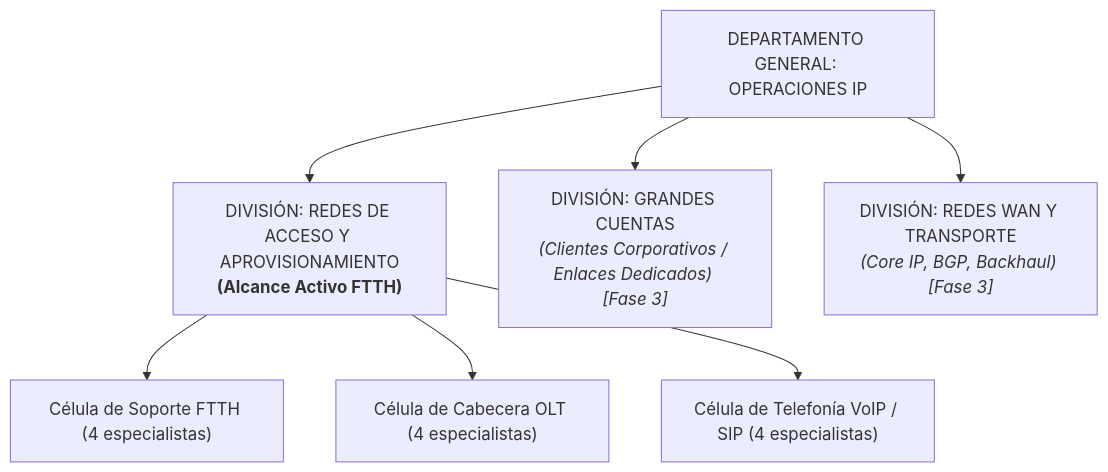
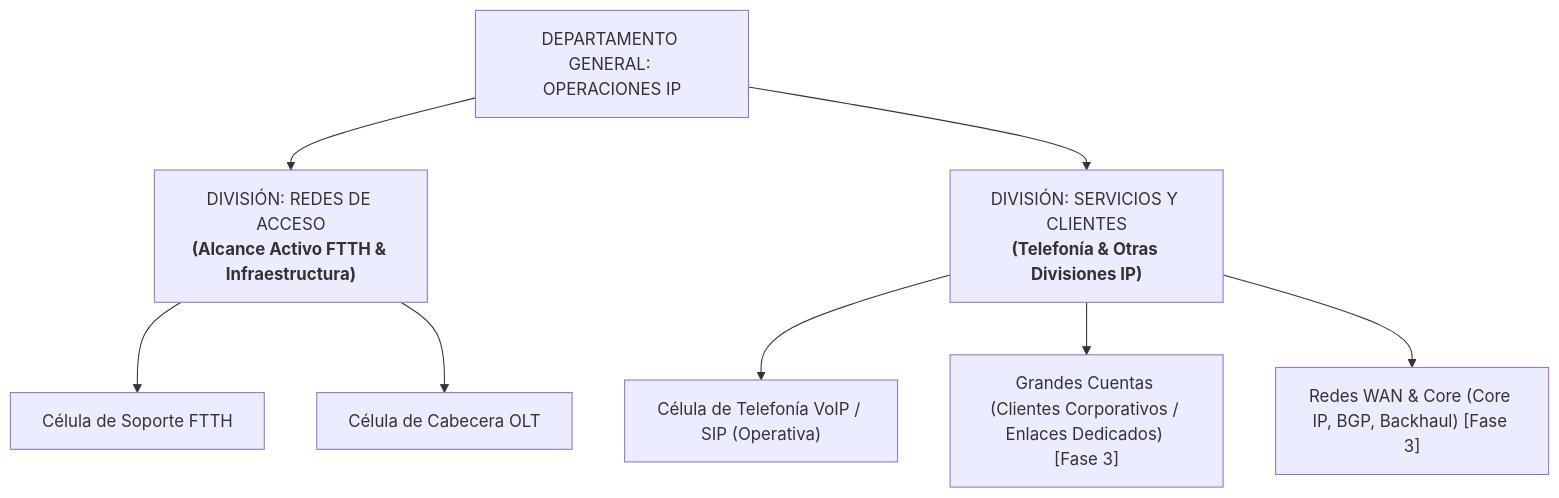
Before and after one commit to joseacorobo/PrototipoWeb_OperacionesIP: the diagram in ROADMAP_Y_CONTROL_MODULOS.md, drawn with Mermaid. The commit also changed other lines of this file and 14 other files, not shown here.

Commit message:
refactor(hierarchy): Reorganize Redes de Acceso category, dynamic headcounts, and Module 7 auth roadmap

````diff
--- a/ROADMAP_Y_CONTROL_MODULOS.md
+++ b/ROADMAP_Y_CONTROL_MODULOS.md
@@ -10,10 +12,12 @@
 ```mermaid
 graph TD
-    A["DEPARTAMENTO GENERAL: OPERACIONES IP"] --> B["DIVISIÓN: REDES DE ACCESO Y APROVISIONAMIENTO<br><b>(Alcance Activo FTTH)</b>"]
-    A --> C["DIVISIÓN: GRANDES CUENTAS<br><i>(Clientes Corporativos / Enlaces Dedicados) [Fase 3]</i>"]
-    A --> D["DIVISIÓN: REDES WAN Y TRANSPORTE<br><i>(Core IP, BGP, Backhaul) [Fase 3]</i>"]
+    A["DEPARTAMENTO GENERAL: OPERACIONES IP"] --> B["DIVISIÓN: REDES DE ACCESO<br><b>(Alcance Activo FTTH & Infraestructura)</b>"]
+    A --> C["DIVISIÓN: SERVICIOS Y CLIENTES<br><b>(Telefonía & Otras Divisiones IP)</b>"]
 
-    B --> B1["Célula de Soporte FTTH (4 especialistas)"]
-    B --> B2["Célula de Cabecera OLT (4 especialistas)"]
-    B --> B3["Célula de Telefonía VoIP / SIP (4 especialistas)"]
+    B --> B1["Célula de Soporte FTTH"]
+    B --> B2["Célula de Cabecera OLT"]
+
+    C --> C1["Célula de Telefonía VoIP / SIP (Operativa)"]
+    C --> C2["Grandes Cuentas (Clientes Corporativos / Enlaces Dedicados) [Fase 3]"]
+    C --> C3["Redes WAN & Core (Core IP, BGP, Backhaul) [Fase 3]"]
 ```
````
